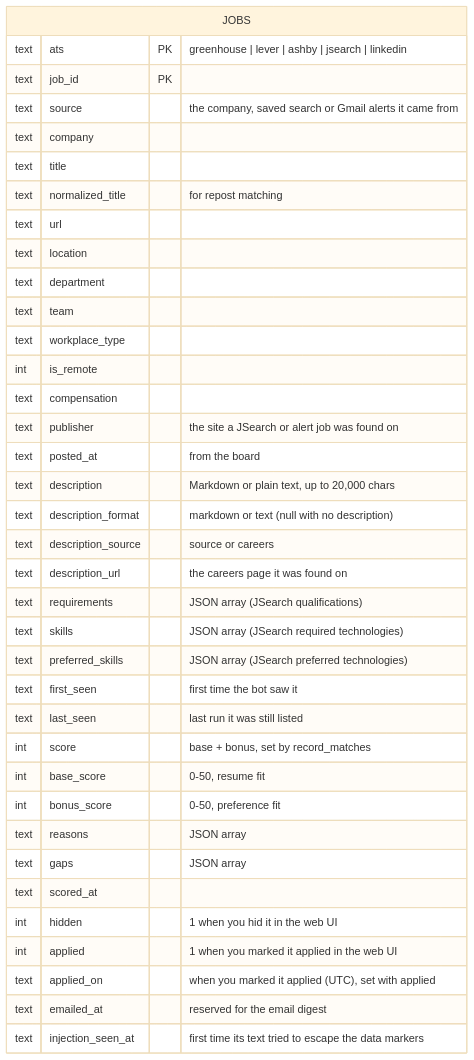
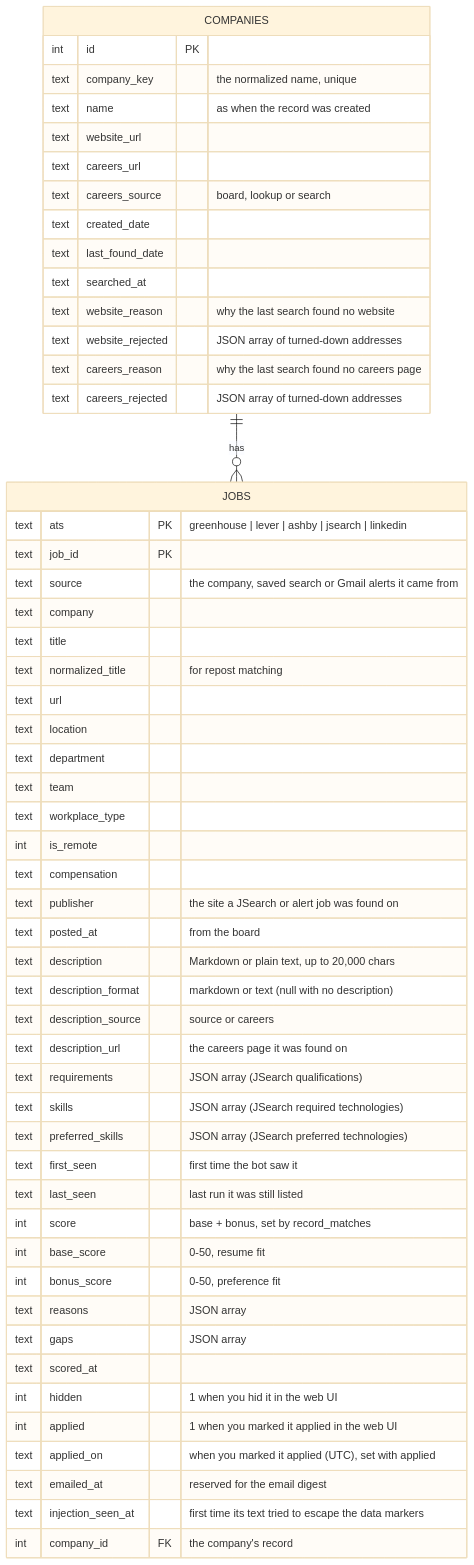
One commit to risingfish/myjobbot changed the sixth of 7 diagrams in README.md. Above: the diagram before and after it, drawn with Mermaid (base theme). The commit also changed other lines of this file and 2 other files, not shown here.

First line of the commit message:
Document company records (014 PR 5) (#48)

````diff
--- a/README.md
+++ b/README.md
@@ -524,40 +566,57 @@
 ```mermaid
 erDiagram
     JOBS {
         text ats PK "greenhouse | lever | ashby | jsearch | linkedin"
         text job_id PK
         text source "the company, saved search or Gmail alerts it came from"
         text company
         text title
         text normalized_title "for repost matching"
         text url
         text location
         text department
         text team
         text workplace_type
         int is_remote
         text compensation
         text publisher "the site a JSearch or alert job was found on"
         text posted_at "from the board"
         text description "Markdown or plain text, up to 20,000 chars"
         text description_format "markdown or text (null with no description)"
         text description_source "source or careers"
         text description_url "the careers page it was found on"
         text requirements "JSON array (JSearch qualifications)"
         text skills "JSON array (JSearch required technologies)"
         text preferred_skills "JSON array (JSearch preferred technologies)"
         text first_seen "first time the bot saw it"
         text last_seen "last run it was still listed"
         int score "base + bonus, set by record_matches"
         int base_score "0-50, resume fit"
         int bonus_score "0-50, preference fit"
         text reasons "JSON array"
         text gaps "JSON array"
         text scored_at
         int hidden "1 when you hid it in the web UI"
         int applied "1 when you marked it applied in the web UI"
         text applied_on "when you marked it applied (UTC), set with applied"
         text emailed_at "reserved for the email digest"
         text injection_seen_at "first time its text tried to escape the data markers"
+        int company_id FK "the company's record"
     }
+    COMPANIES {
+        int id PK
+        text company_key "the normalized name, unique"
+        text name "as when the record was created"
+        text website_url
+        text careers_url
+        text careers_source "board, lookup or search"
+        text created_date
+        text last_found_date
+        text searched_at
+        text website_reason "why the last search found no website"
+        text website_rejected "JSON array of turned-down addresses"
+        text careers_reason "why the last search found no careers page"
+        text careers_rejected "JSON array of turned-down addresses"
+    }
+    COMPANIES ||--o{ JOBS : "has"
 ```
````
